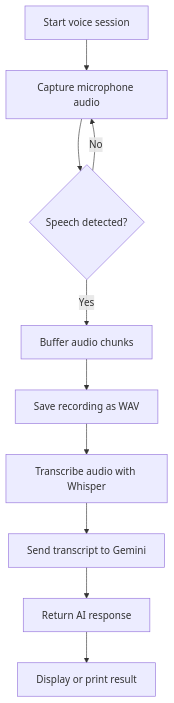
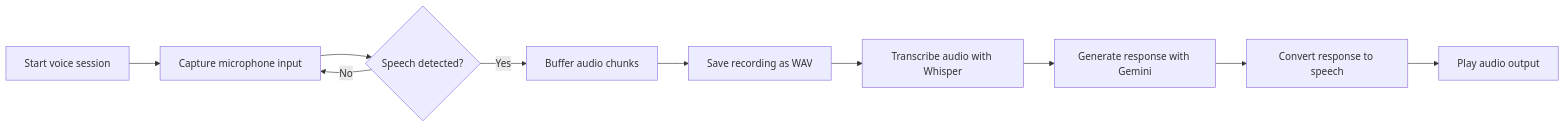
Before and after one commit to Dreamervamsi/VoiceFlow: the diagram in README.md, drawn with Mermaid. The commit also changed other lines of this file, not shown here.

````diff
--- a/README.md
+++ b/README.md
@@ -15,12 +16,12 @@
 ```mermaid
-flowchart TD
-    A[Start voice session] --> B[Capture microphone audio]
+flowchart LR
+    A[Start voice session] --> B[Capture microphone input]
     B --> C{Speech detected?}
     C -- No --> B
     C -- Yes --> D[Buffer audio chunks]
     D --> E[Save recording as WAV]
     E --> F[Transcribe audio with Whisper]
-    F --> G[Send transcript to Gemini]
-    G --> H[Return AI response]
-    H --> I[Display or print result]
+    F --> G[Generate response with Gemini]
+    G --> H[Convert response to speech]
+    H --> I[Play audio output]
 ```
````
